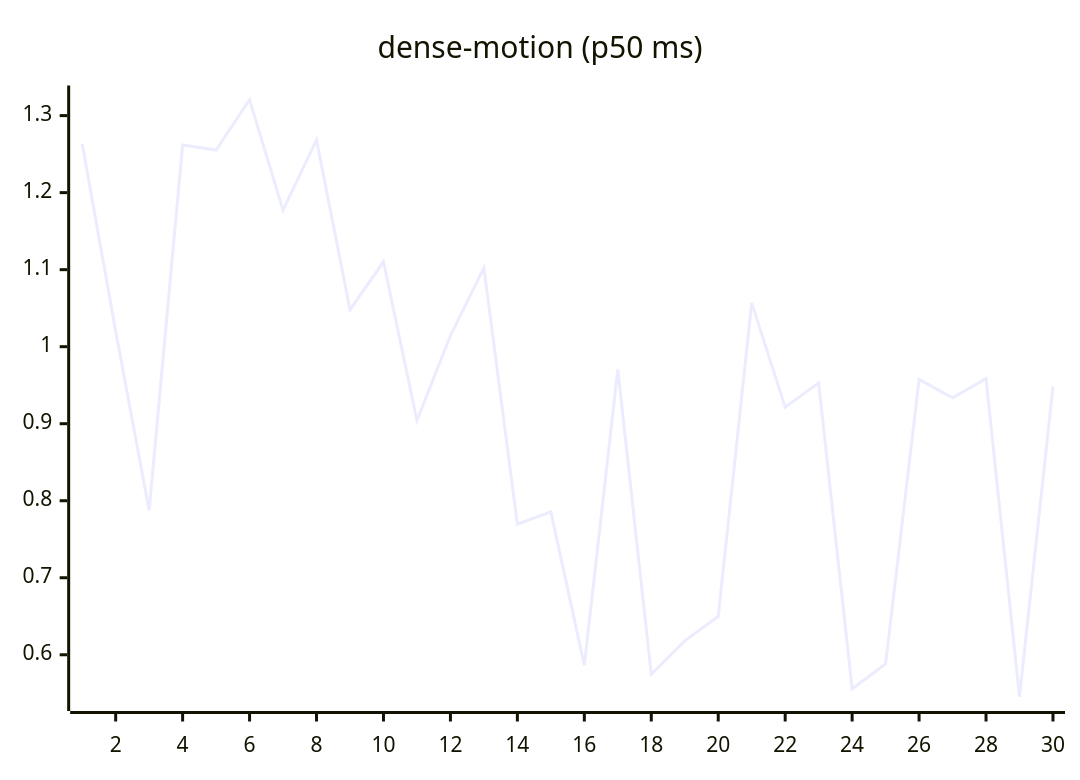
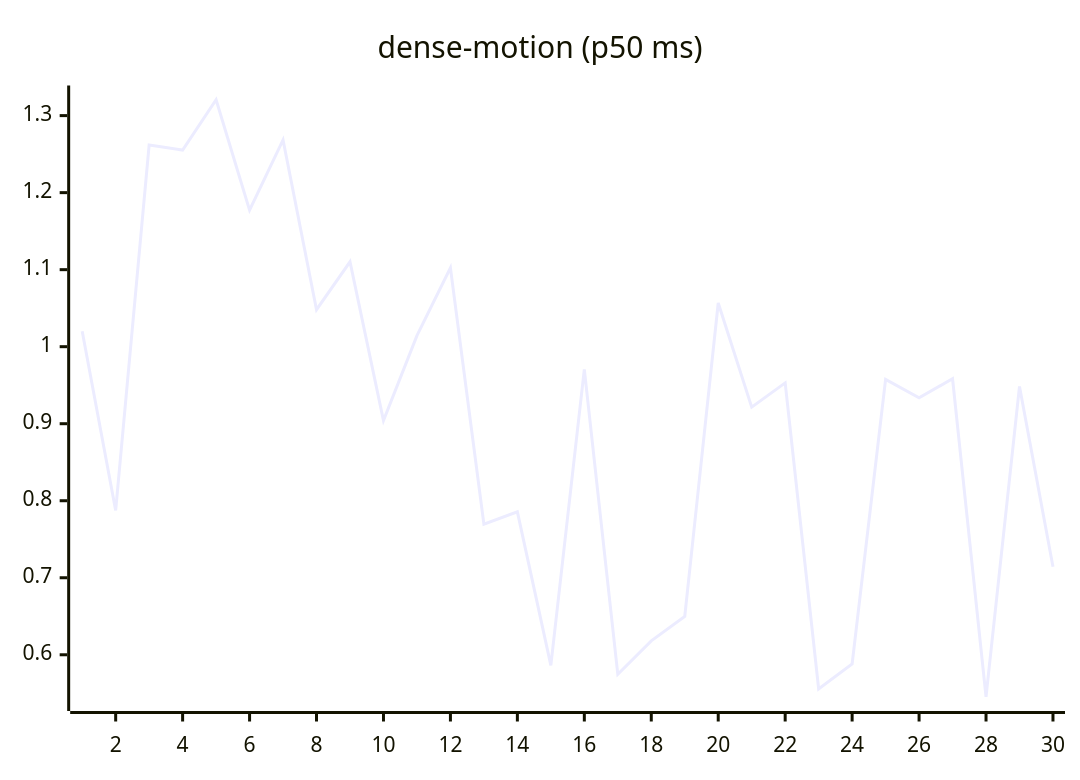
Before and after one commit to josha/Facet: the ninth of 27 diagrams in README.md, drawn with Mermaid. The commit also changed other lines of this file and 2 other files, not shown here.

````diff
--- a/README.md
+++ b/README.md
@@ -119,6 +119,6 @@
 ```mermaid
 xychart-beta
     title "dense-motion (p50 ms)"
     x-axis 1 --> 30
-    line [1.2636, 1.0200, 0.7874, 1.2619, 1.2553, 1.3206, 1.1772, 1.2685, 1.0480, 1.1102, 0.9040, 1.0144, 1.1023, 0.7695, 0.7856, 0.5862, 0.9706, 0.5746, 0.6181, 0.6498, 1.0567, 0.9215, 0.9530, 0.5557, 0.5881, 0.9575, 0.9335, 0.9584, 0.5455, 0.9484]
+    line [1.0200, 0.7874, 1.2619, 1.2553, 1.3206, 1.1772, 1.2685, 1.0480, 1.1102, 0.9040, 1.0144, 1.1023, 0.7695, 0.7856, 0.5862, 0.9706, 0.5746, 0.6181, 0.6498, 1.0567, 0.9215, 0.9530, 0.5557, 0.5881, 0.9575, 0.9335, 0.9584, 0.5455, 0.9484, 0.7142]
 ```
````
